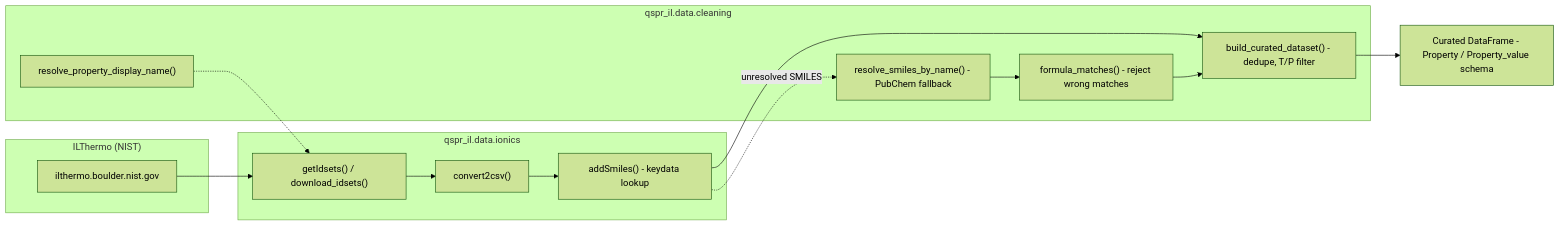
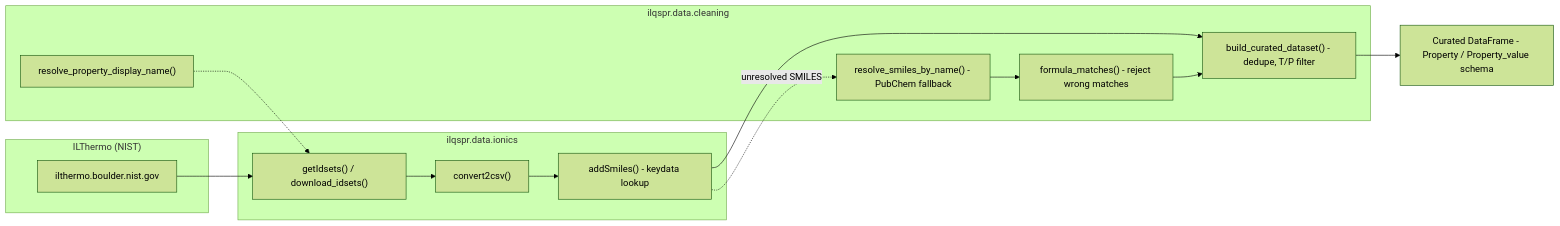
One commit to kammmran/qspr-il-density-refractive-index changed the diagram in docs/data_pipeline.rst. Above: the diagram before and after it, drawn with Mermaid (forest theme). The commit also changed other lines of this file and 25 other files, not shown here.

Commit message:
qspr_il replaced with ilqspr

```diff
--- a/docs/data_pipeline.rst
+++ b/docs/data_pipeline.rst
@@ -24,24 +24,24 @@
 .. mermaid::
 
    graph LR
        subgraph "ILThermo (NIST)"
            ILT["ilthermo.boulder.nist.gov"]
        end
 
-       subgraph "qspr_il.data.ionics"
+       subgraph "ilqspr.data.ionics"
            SEARCH["getIdsets() / download_idsets()"]
            CONV["convert2csv()"]
            SMI["addSmiles() - keydata lookup"]
        end
 
-       subgraph "qspr_il.data.cleaning"
+       subgraph "ilqspr.data.cleaning"
            RESOLVE["resolve_property_display_name()"]
            PUBCHEM["resolve_smiles_by_name() - PubChem fallback"]
            FORMULA["formula_matches() - reject wrong matches"]
            CLEAN["build_curated_dataset() - dedupe, T/P filter"]
        end
 
        ILT --> SEARCH --> CONV --> SMI --> CLEAN
        RESOLVE -.-> SEARCH
        SMI -. "unresolved SMILES" .-> PUBCHEM --> FORMULA --> CLEAN
        CLEAN --> OUT["Curated DataFrame - Property / Property_value schema"]
```
